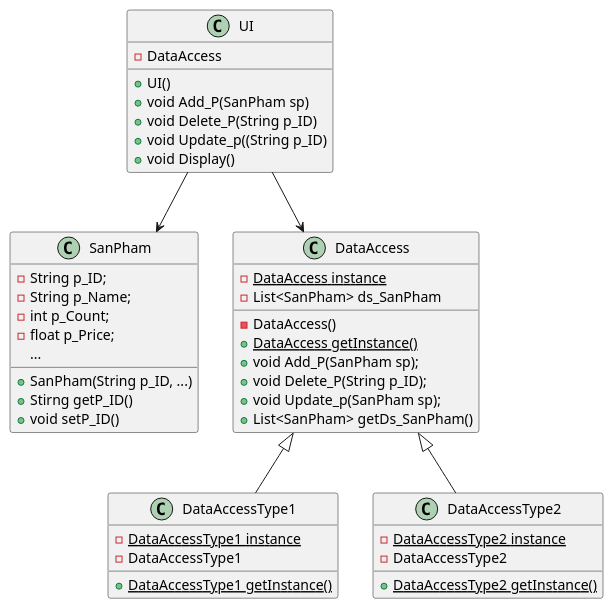
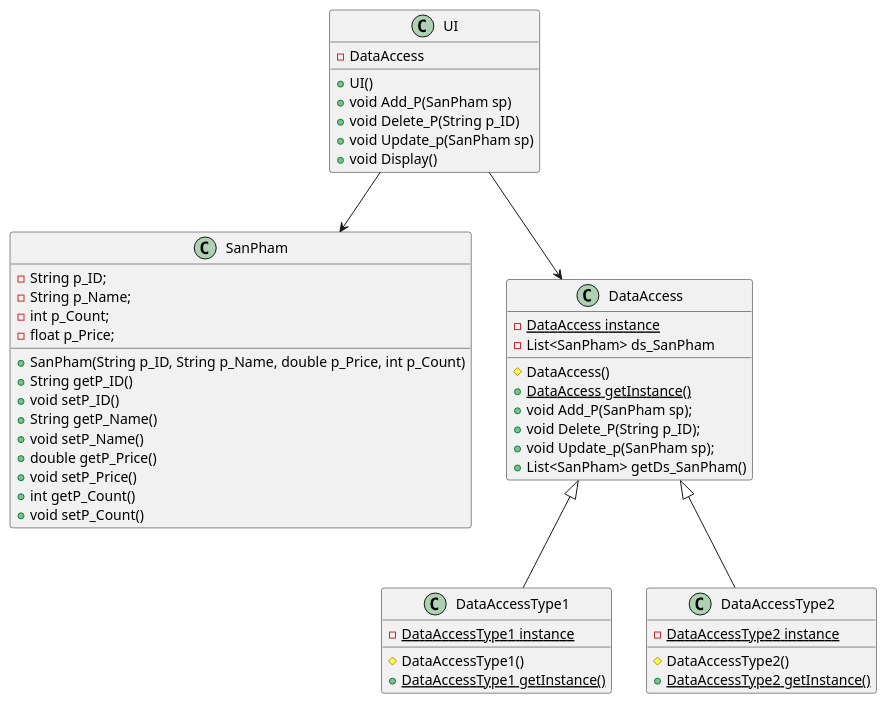
The diagram in baitap_a6/diagram.puml (TuanKiet1774/Lap-Trinh-Java), drawn with PlantUML before and after one commit. The commit also changed 44 other files, not shown here.

```diff
--- a/baitap_a6/diagram.puml
+++ b/baitap_a6/diagram.puml
@@ -1,55 +1,56 @@
 @startuml
 'https://plantuml.com/sequence-diagram
 
 class SanPham{
     -String p_ID;
     -String p_Name;
     -int p_Count;
     -float p_Price;
-    +SanPham(String p_ID, ...)
-    +Stirng getP_ID()
+    +SanPham(String p_ID, String p_Name, double p_Price, int p_Count)
+    +String getP_ID()
     +void setP_ID()
-    ...
+    +String getP_Name()
+    +void setP_Name()
+    +double getP_Price()
+    +void setP_Price()
+    +int getP_Count()
+    +void setP_Count()
 }
 
 class DataAccess{
     -{static} DataAccess instance
     -List<SanPham> ds_SanPham
-    -DataAccess()
+    #DataAccess()
     +{static} DataAccess getInstance()
     +void Add_P(SanPham sp);
     +void Delete_P(String p_ID);
     +void Update_p(SanPham sp);
     +List<SanPham> getDs_SanPham()
 }
 
 class UI{
     -DataAccess
     +UI()
     +void Add_P(SanPham sp)
     +void Delete_P(String p_ID)
-    +void Update_p((String p_ID)
+    +void Update_p(SanPham sp)
     +void Display()
 }
 
 class DataAccessType1 extends DataAccess{
     -{static} DataAccessType1 instance
-    -DataAccessType1
+    #DataAccessType1()
     +{static} DataAccessType1 getInstance()
 }
 
 
 class DataAccessType2 extends DataAccess{
     -{static} DataAccessType2 instance
-    -DataAccessType2
+    #DataAccessType2()
     +{static} DataAccessType2 getInstance()
 }
 
 UI --> DataAccess
 UI --> SanPham
 
-
-
-
-
 @enduml
```
